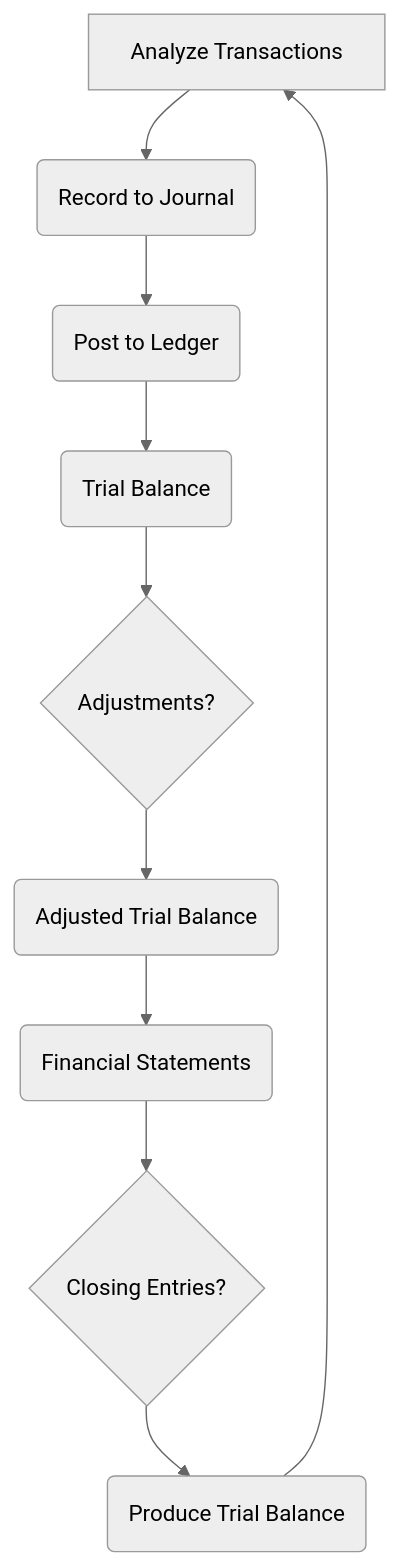
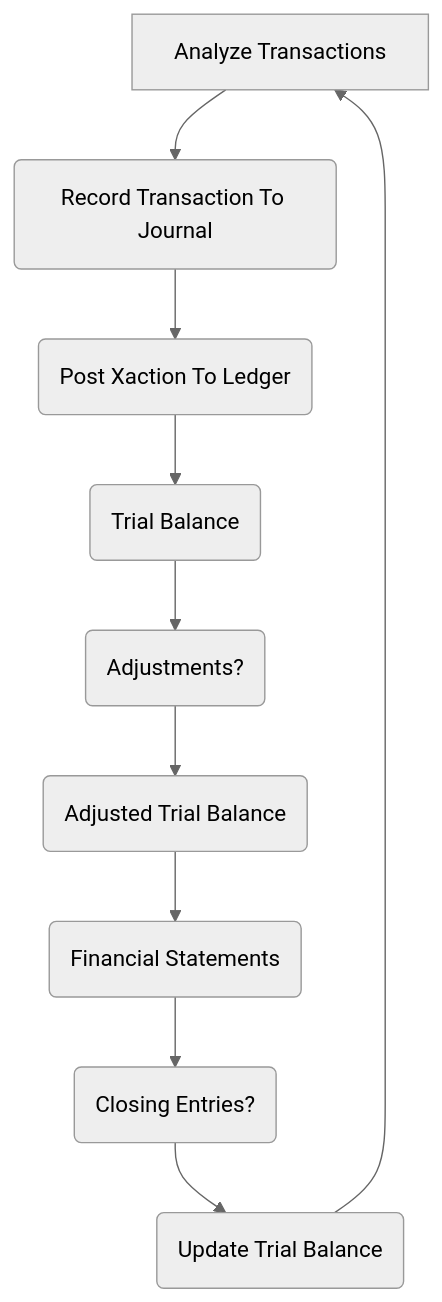
One commit to mcc-us/bookkeeping changed the diagram in _posts/2023-12-25-accounting-cycle.md. Above: the diagram before and after it, drawn with Mermaid (neutral theme). The commit also changed 2 other files, not shown here.

Commit message:
mermaid mods

````diff
--- a/_posts/2023-12-25-accounting-cycle.md
+++ b/_posts/2023-12-25-accounting-cycle.md
@@ -15,12 +15,12 @@
 ```mermaid
 graph TD
-    A[Analyze Transactions] --> B(Record to Journal)
-    B --> C(Post to Ledger)
+    A[Analyze Transactions] --> B(Record Transaction To Journal)
+    B --> C(Post Xaction To Ledger)
     C --> D(Trial Balance)
-    D --> E{Adjustments?}
+    D --> E(Adjustments?)
     E --> F(Adjusted Trial Balance)
     F --> G(Financial Statements)
-    G --> H{Closing Entries?}
-    H --> I(Produce Trial Balance)
+    G --> H(Closing Entries?)
+    H --> I(Update Trial Balance)
     I --> A
 ```
````
